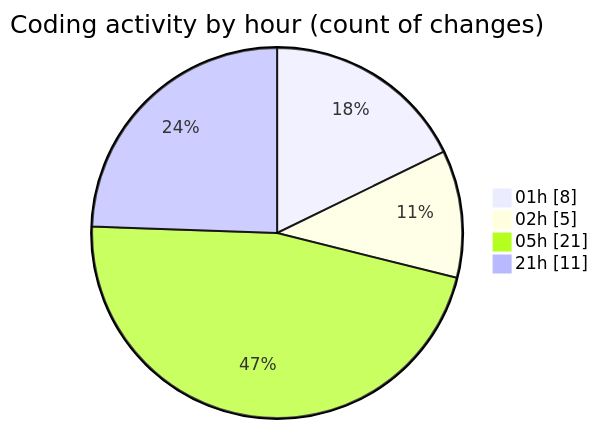
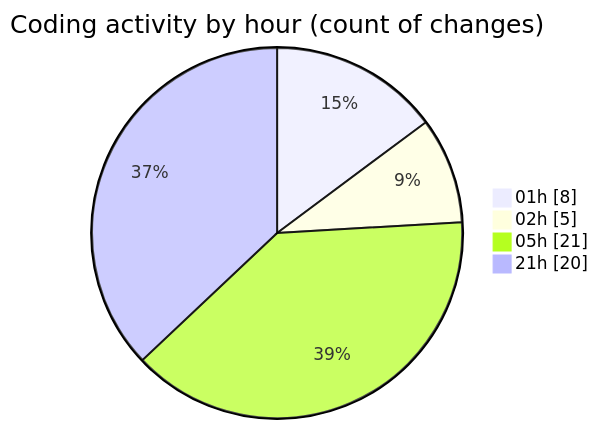
Before and after one commit to julien-gomy/code-tracking: the second of 2 diagrams in 2025-11-21/eventscop-api-guide__workspace_/README.md, drawn with Mermaid. The commit also changed other lines of this file and 1 other file, not shown here.

````diff
--- a/2025-11-21/eventscop-api-guide__workspace_/README.md
+++ b/2025-11-21/eventscop-api-guide__workspace_/README.md
@@ -44,8 +47,8 @@
 ```mermaid
 pie showData
 title Coding activity by hour (count of changes)
 "01h" : 8
 "02h" : 5
 "05h" : 21
-"21h" : 11
+"21h" : 20
 ```
````
